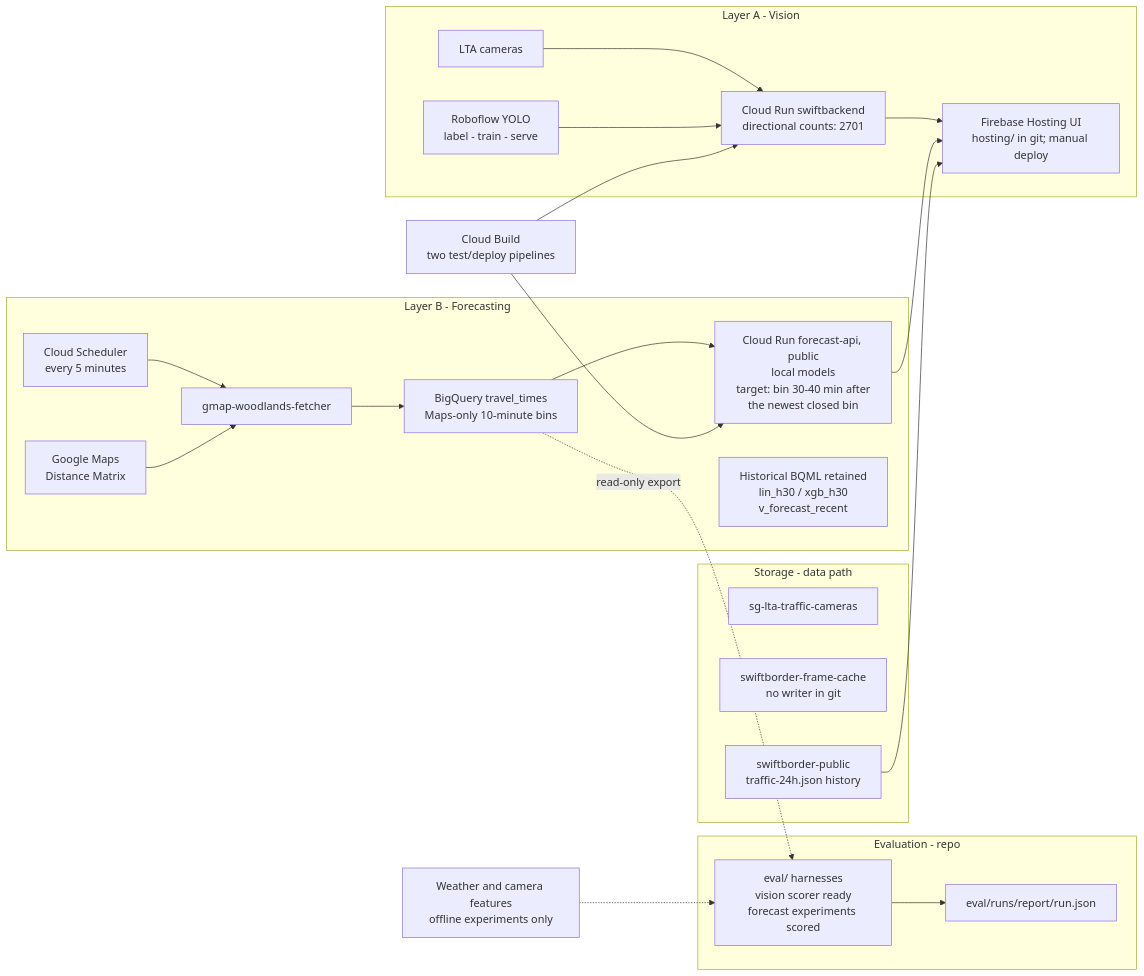
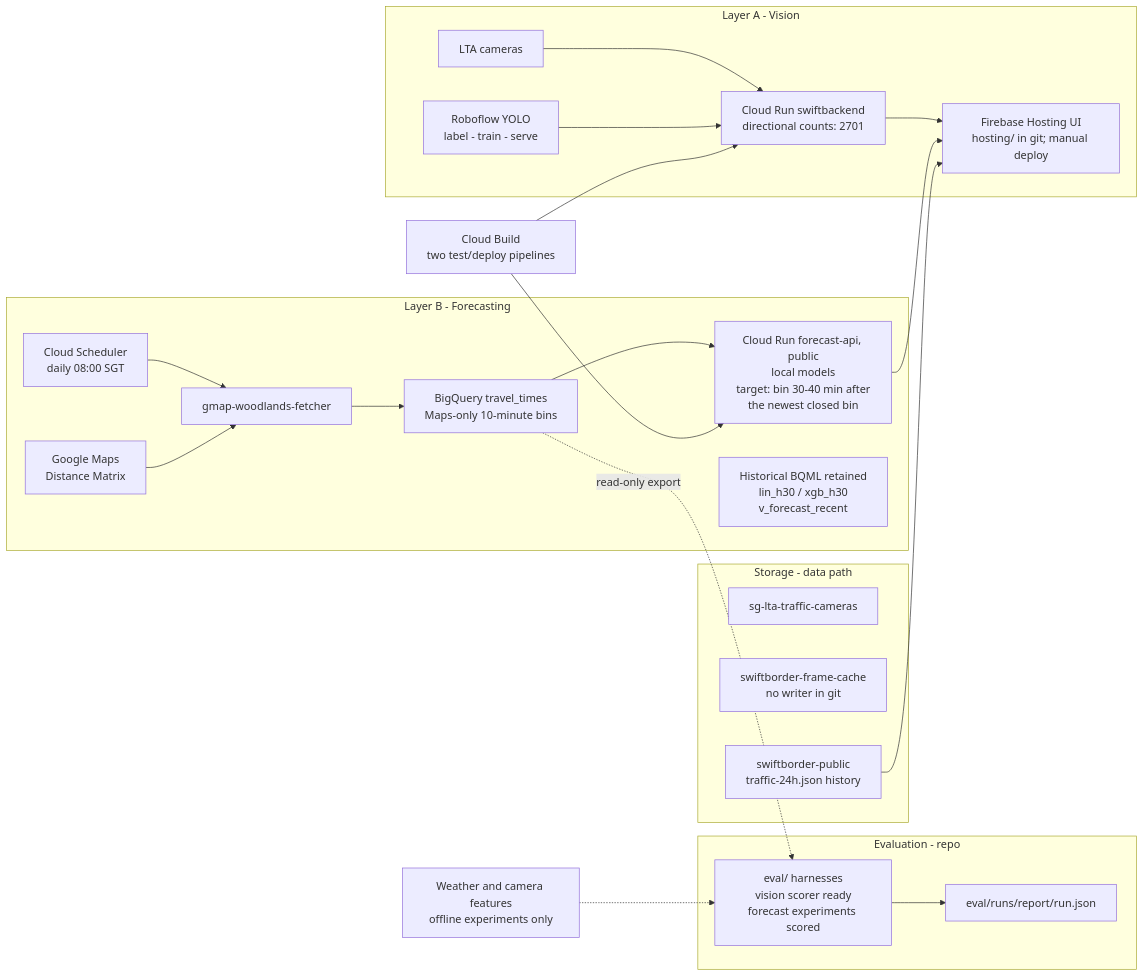
One commit to sozuken-max/swiftborder changed the diagram in docs/diagrams/architecture-high-level.mmd. Above: the diagram before and after it, drawn with Mermaid. The commit also changed 23 other files, not shown here.

```diff
--- a/docs/diagrams/architecture-high-level.mmd
+++ b/docs/diagrams/architecture-high-level.mmd
@@ -1,26 +1,26 @@
 flowchart LR
   subgraph LA["Layer A - Vision"]
     LTA["LTA cameras"] --> SB["Cloud Run swiftbackend<br/>directional counts: 2701"]
     RF["Roboflow YOLO<br/>label - train - serve"] --> SB
     SB --> UI["Firebase Hosting UI<br/>hosting/ in git; manual deploy"]
   end
   subgraph LB["Layer B - Forecasting"]
-    SCH["Cloud Scheduler<br/>every 5 minutes"] --> ING["gmap-woodlands-fetcher"]
+    SCH["Cloud Scheduler<br/>daily 08:00 SGT"] --> ING["gmap-woodlands-fetcher"]
     GM["Google Maps<br/>Distance Matrix"] --> ING
     ING --> TT["BigQuery travel_times<br/>Maps-only 10-minute bins"]
     TT --> API["Cloud Run forecast-api, public<br/>local models<br/>target: bin 30-40 min after<br/>the newest closed bin"]
     API --> UI
     OLD["Historical BQML retained<br/>lin_h30 / xgb_h30<br/>v_forecast_recent"]
   end
   BUILD["Cloud Build<br/>two test/deploy pipelines"] --> SB
   BUILD --> API
   subgraph GCS["Storage - data path"]
     CAM["sg-lta-traffic-cameras"]
     CACHE["swiftborder-frame-cache<br/>no writer in git"]
     PUB["swiftborder-public<br/>traffic-24h.json history"] --> UI
   end
   subgraph EV["Evaluation - repo"]
     HAR["eval/ harnesses<br/>vision scorer ready<br/>forecast experiments scored"] --> REP["eval/runs/report/run.json"]
   end
   TT -.->|"read-only export"| HAR
   UNUSED["Weather and camera features<br/>offline experiments only"] -.-> HAR
```
